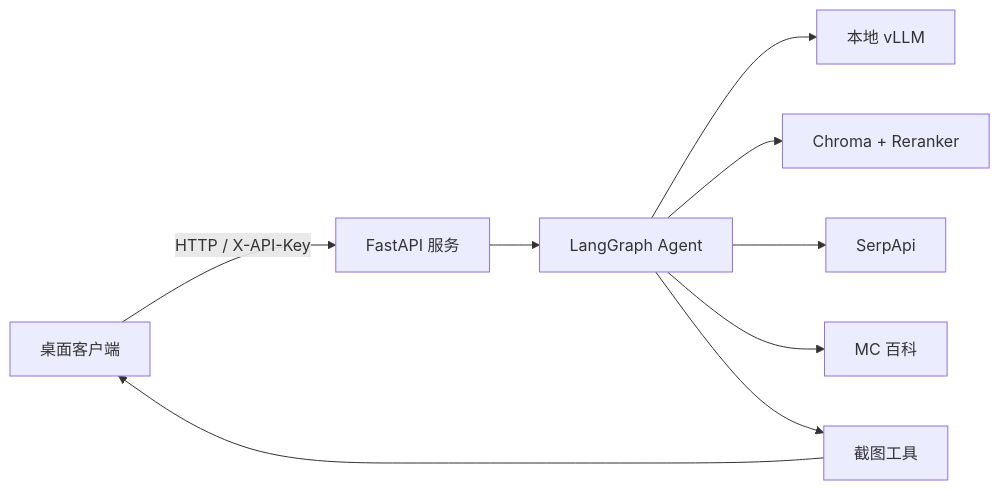
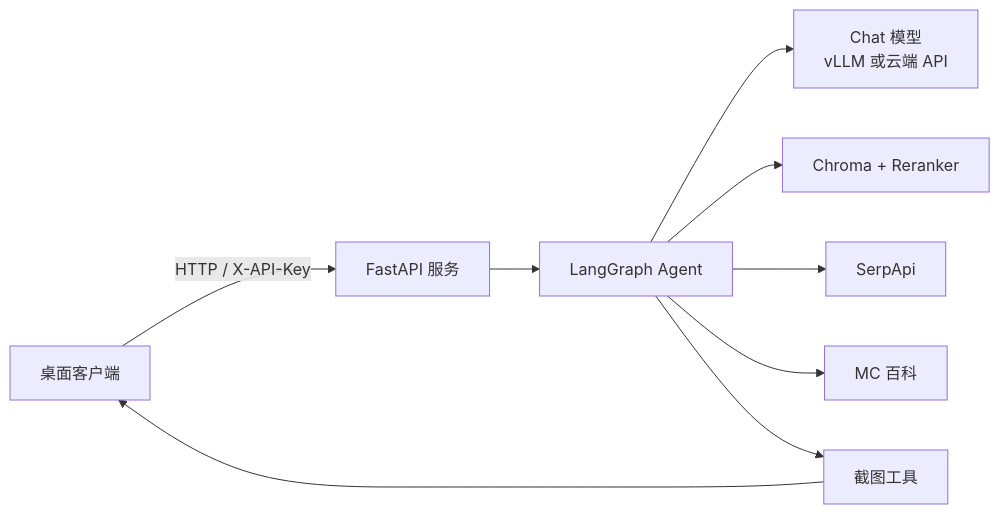
Before and after one commit to yupx123321-star/Desktop_Assistant: the first of 3 diagrams in README.md, drawn with Mermaid. The commit also changed other lines of this file and 15 other files, not shown here.

First line of the commit message:
迁移到 LangGraph 1.x 并支持 API Key 调用 LLM

````diff
--- a/README.md
+++ b/README.md
@@ -19,11 +19,11 @@
 ```mermaid
 flowchart LR
     Client[桌面客户端] -->|HTTP / X-API-Key| API[FastAPI 服务]
     API --> Agent[LangGraph Agent]
-    Agent --> LLM[本地 vLLM]
+    Agent --> LLM[Chat 模型<br/>vLLM 或云端 API]
     Agent --> RAG[Chroma + Reranker]
     Agent --> Web[SerpApi]
     Agent --> MC[MC 百科]
     Agent --> Shot[截图工具]
     Shot --> Client
 ```
````
